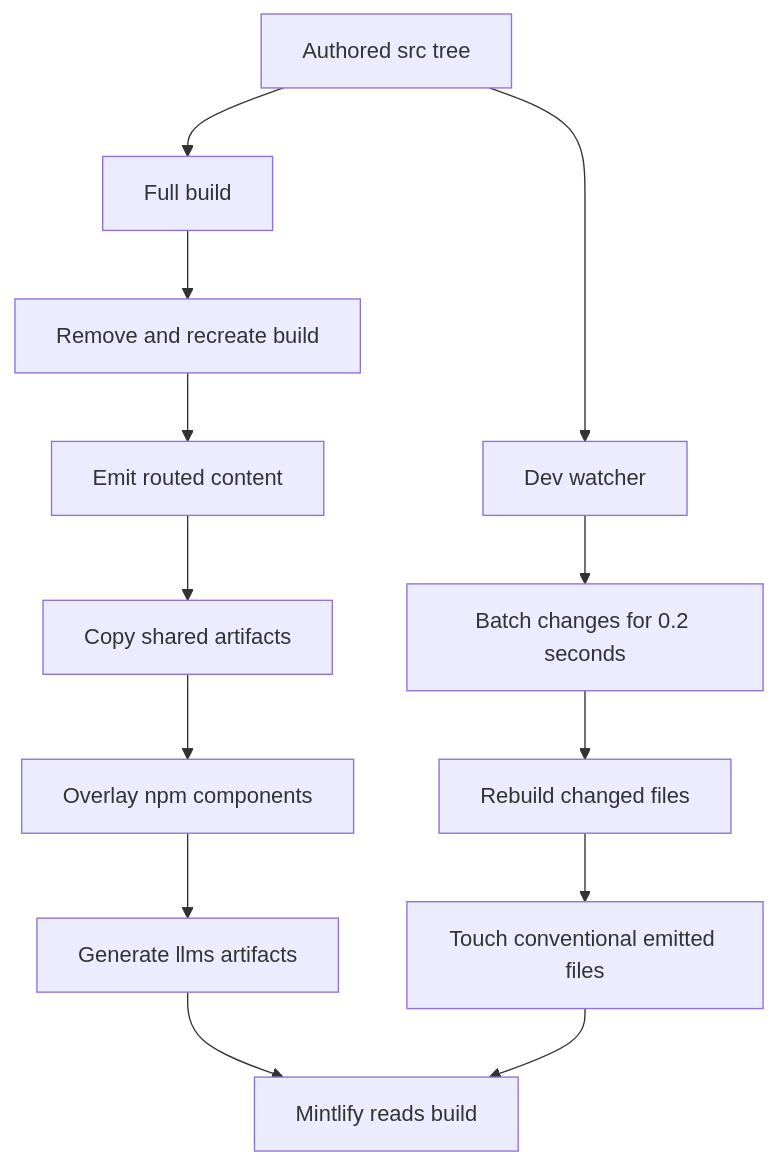
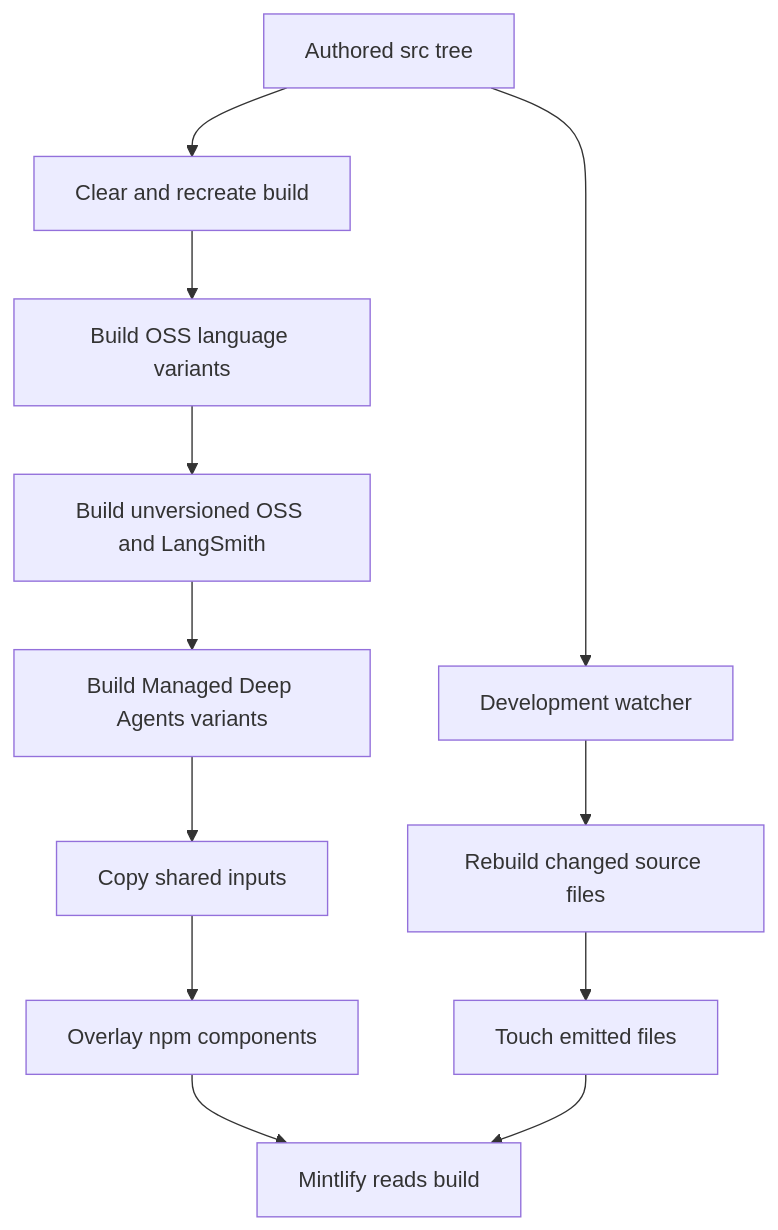
One commit to langchain-ai/docs changed the diagram in openwiki/architecture/build-system.md. Above: the diagram before and after it, drawn with Mermaid. The commit also changed other lines of this file and 41 other files, not shown here.

````diff
--- a/openwiki/architecture/build-system.md
+++ b/openwiki/architecture/build-system.md
@@ -37,15 +39,14 @@
 ```mermaid
 flowchart TD
-    Src["Authored src tree"] --> Full["Full build"]
-    Full --> Clear["Remove and recreate build"]
-    Clear --> Routes["Emit routed content"]
-    Routes --> Shared["Copy shared artifacts"]
-    Shared --> Npm["Overlay npm components"]
-    Npm --> Llm["Generate llms artifacts"]
-    Llm --> Mint["Mintlify reads build"]
-    Src --> Watch["Dev watcher"]
-    Watch --> Debounce["Batch changes for 0.2 seconds"]
-    Debounce --> Incremental["Rebuild changed files"]
-    Incremental --> Touch["Touch conventional emitted files"]
-    Touch --> Mint
+    Source["Authored src tree"] --> Clear["Clear and recreate build"]
+    Clear --> Oss["Build OSS language variants"]
+    Oss --> Unversioned["Build unversioned OSS and LangSmith"]
+    Unversioned --> Managed["Build Managed Deep Agents variants"]
+    Managed --> Shared["Copy shared inputs"]
+    Shared --> Overlay["Overlay npm components"]
+    Overlay --> Mint["Mintlify reads build"]
+    Source --> Watch["Development watcher"]
+    Watch --> Incremental["Rebuild changed source files"]
+    Incremental --> Reload["Touch emitted files"]
+    Reload --> Mint
 ```
````
